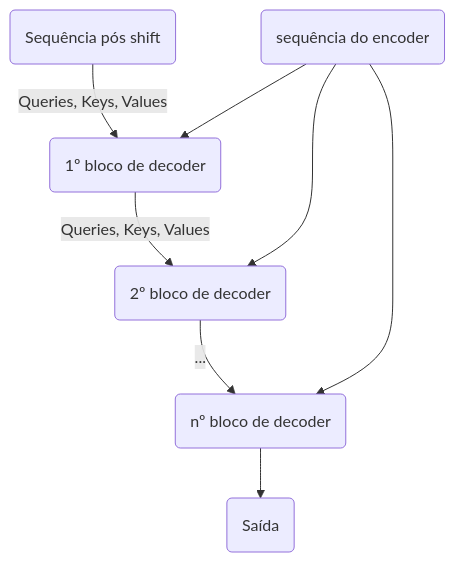
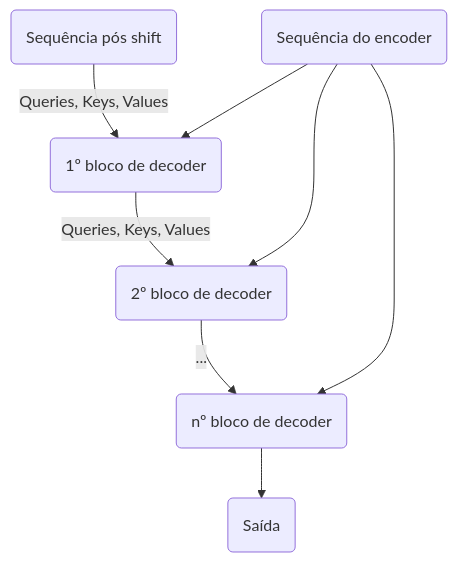
The fifth of 7 diagrams in src/content/posts/transformers.md (eshiraishi/eshiraishi.github.io), drawn with Mermaid before and after one commit. The commit also changed other lines of this file and 7 other files, not shown here.

````diff
--- a/src/content/posts/transformers.md
+++ b/src/content/posts/transformers.md
@@ -1486,20 +1490,20 @@
 ```mermaid
 flowchart
     input("`Sequência pós shift`")
-    encoderOutput("`sequência do encoder`")
+    encoderOutput("`Sequência do encoder`")
     DecoderBlock1(1º bloco de decoder)
     DecoderBlock2(2º bloco de decoder)
     DecoderBlockN(nº bloco de decoder)
     output(Saída)
 
     input -- Queries, Keys, Values --> DecoderBlock1
     encoderOutput --> DecoderBlock1
 
     DecoderBlock1 -- Queries, Keys, Values --> DecoderBlock2
     encoderOutput --> DecoderBlock2
     
     DecoderBlock2 -- ... --> DecoderBlockN
     encoderOutput --> DecoderBlockN
     
     DecoderBlockN --> output
 ```
````
